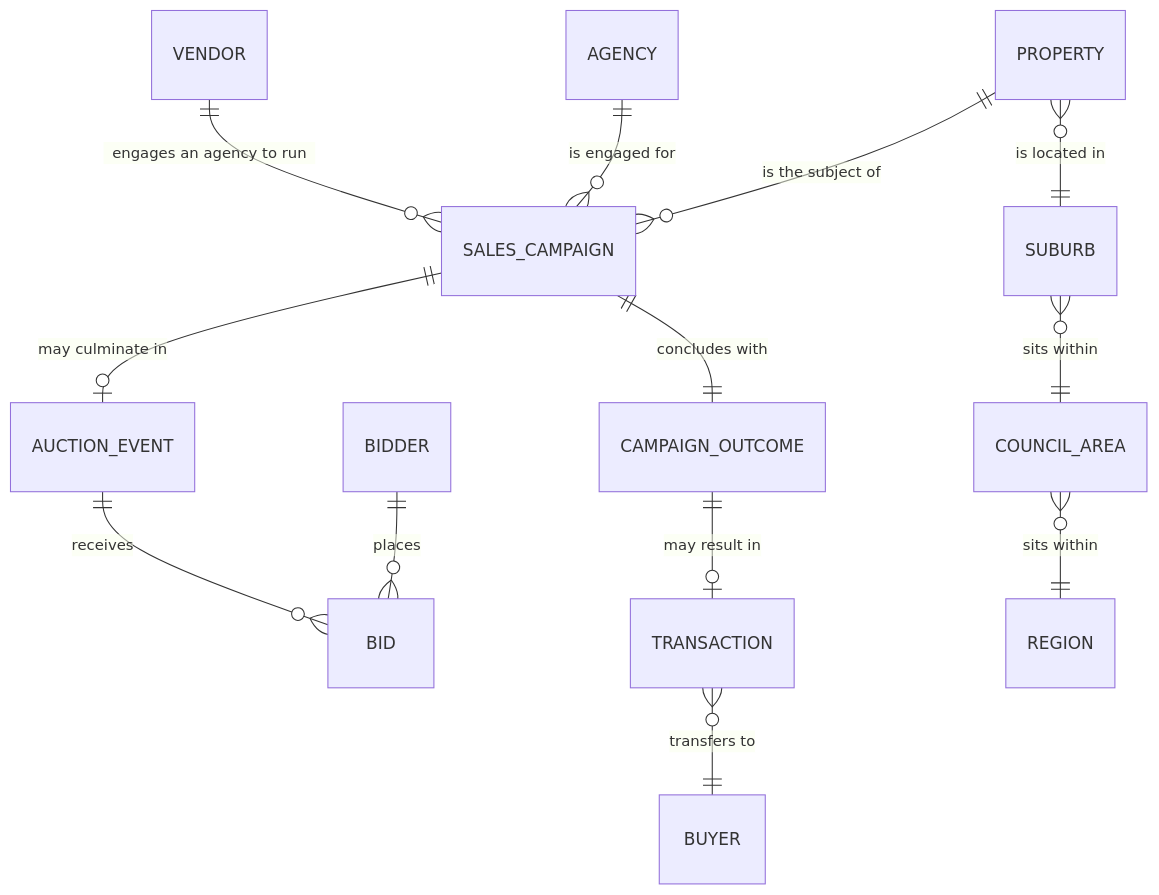
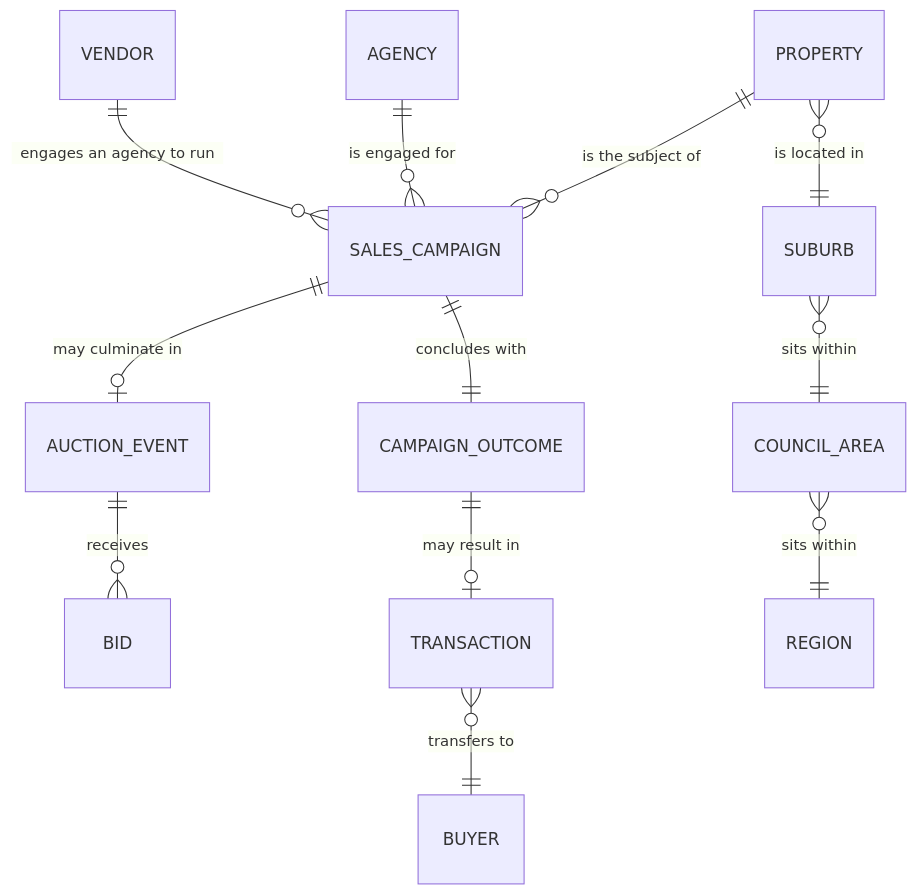
Before and after one commit to contextdotmd/melbourne-housing-pipeline: the first of 2 diagrams in README.md, drawn with Mermaid. The commit also changed other lines of this file, not shown here.

````diff
--- a/README.md
+++ b/README.md
@@ -54,15 +44,14 @@
 ```mermaid
 erDiagram
     VENDOR           ||--o{ SALES_CAMPAIGN    : "engages an agency to run"
     AGENCY           ||--o{ SALES_CAMPAIGN    : "is engaged for"
     PROPERTY         ||--o{ SALES_CAMPAIGN    : "is the subject of"
     SALES_CAMPAIGN   ||--o| AUCTION_EVENT     : "may culminate in"
     AUCTION_EVENT    ||--o{ BID               : "receives"
-    BIDDER           ||--o{ BID               : "places"
     SALES_CAMPAIGN   ||--|| CAMPAIGN_OUTCOME  : "concludes with"
     CAMPAIGN_OUTCOME ||--o| TRANSACTION       : "may result in"
     TRANSACTION      }o--|| BUYER             : "transfers to"
     PROPERTY         }o--|| SUBURB            : "is located in"
     SUBURB           }o--|| COUNCIL_AREA      : "sits within"
     COUNCIL_AREA     }o--|| REGION            : "sits within"
 ```
````
